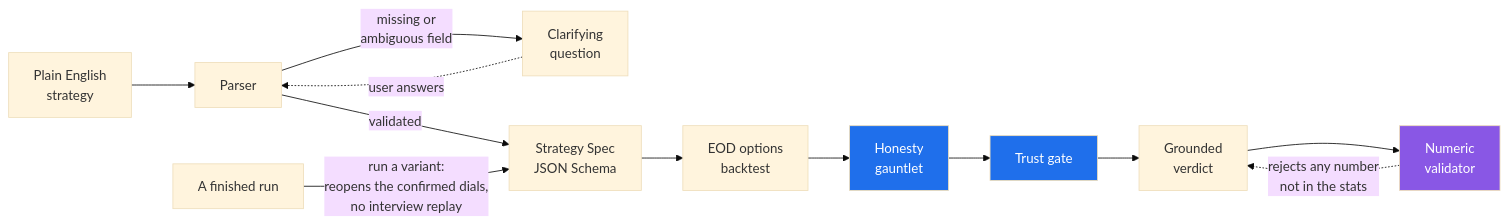
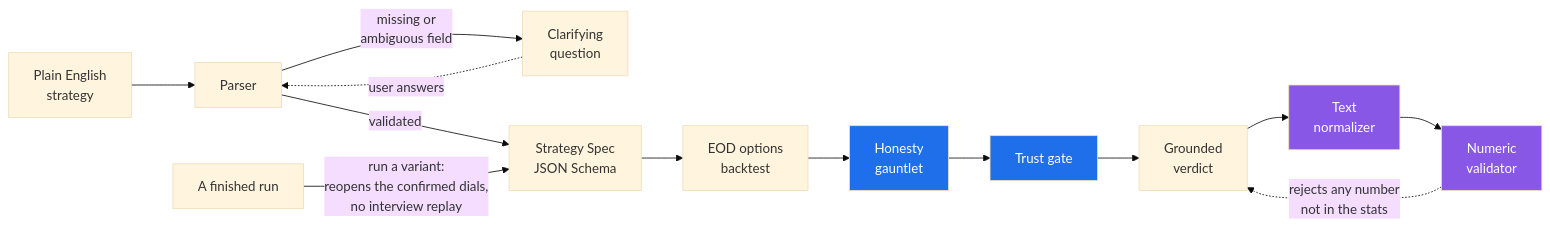
The first of 5 diagrams in README.md (sahilsapra391/skeptic), drawn with Mermaid (base theme) before and after one commit. The commit also changed other lines of this file and 347 other files, not shown here.

````diff
--- a/README.md
+++ b/README.md
@@ -28,18 +28,20 @@
 ```mermaid
 flowchart LR
     A["Plain English<br/>strategy"] --> B["Parser"]
     B -->|"missing or<br/>ambiguous field"| Q["Clarifying<br/>question"]
     Q -.->|"user answers"| B
     B -->|"validated"| C["Strategy Spec<br/>JSON Schema"]
     R["A finished run"] -->|"run a variant:<br/>reopens the confirmed dials,<br/>no interview replay"| C
     C --> D["EOD options<br/>backtest"]
     D --> E["Honesty<br/>gauntlet"]
     E --> F["Trust gate"]
     F --> G["Grounded<br/>verdict"]
-    G --> H["Numeric<br/>validator"]
+    G --> N["Text<br/>normalizer"]
+    N --> H["Numeric<br/>validator"]
     H -.->|"rejects any number<br/>not in the stats"| G
 
     style E fill:#1f6feb,color:#fff
     style F fill:#1f6feb,color:#fff
+    style N fill:#8957e5,color:#fff
     style H fill:#8957e5,color:#fff
 ```
````
